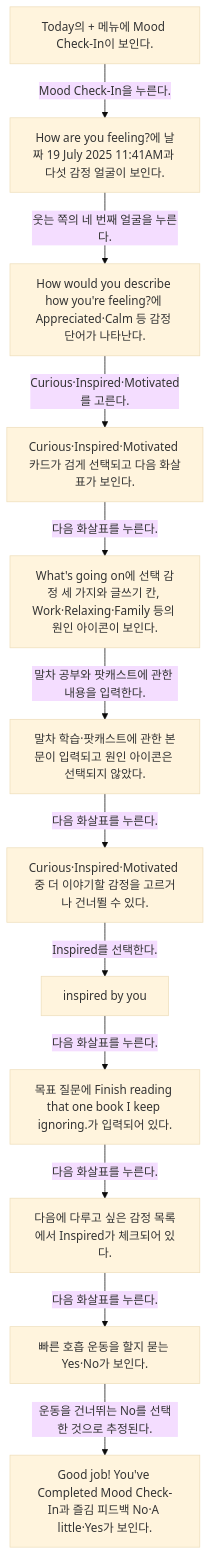
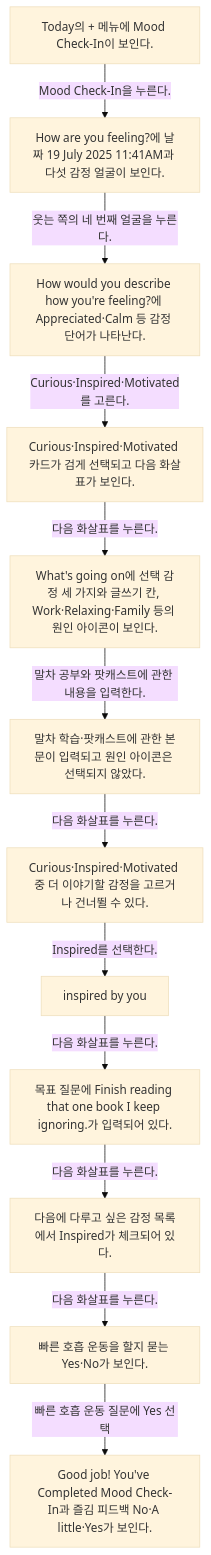
The diagram in docs/Stoic/flows/logging-a-mood-check-in-76793f73/README.md (Dev-Corgi/Stoic-Build-Clone-Test), drawn with Mermaid (base theme) before and after one commit. The commit also changed other lines of this file and 23 other files, not shown here.

Commit message:
docs: verify Stoic flows with user-confirmed transitions

````diff
--- a/docs/Stoic/flows/logging-a-mood-check-in-76793f73/README.md
+++ b/docs/Stoic/flows/logging-a-mood-check-in-76793f73/README.md
@@ -8,26 +8,26 @@
 ```mermaid
 flowchart TD
   S1["Today의 + 메뉴에 Mood Check-In이 보인다."]
   S1 -->|Mood Check-In을 누른다.| S2
   S2["How are you feeling?에 날짜 19 July 2025 11:41AM과 다섯 감정 얼굴이 보인다."]
   S2 -->|웃는 쪽의 네 번째 얼굴을 누른다.| S3
   S3["How would you describe how you're feeling?에 Appreciated·Calm 등 감정 단어가 나타난다."]
   S3 -->|Curious·Inspired·Motivated를 고른다.| S4
   S4["Curious·Inspired·Motivated 카드가 검게 선택되고 다음 화살표가 보인다."]
   S4 -->|다음 화살표를 누른다.| S5
   S5["What's going on에 선택 감정 세 가지와 글쓰기 칸, Work·Relaxing·Family 등의 원인 아이콘이 보인다."]
   S5 -->|말차 공부와 팟캐스트에 관한 내용을 입력한다.| S6
   S6["말차 학습·팟캐스트에 관한 본문이 입력되고 원인 아이콘은 선택되지 않았다."]
   S6 -->|다음 화살표를 누른다.| S7
   S7["Curious·Inspired·Motivated 중 더 이야기할 감정을 고르거나 건너뛸 수 있다."]
   S7 -->|Inspired를 선택한다.| S8
   S8["inspired by you"]
   S8 -->|다음 화살표를 누른다.| S9
   S9["목표 질문에 Finish reading that one book I keep ignoring.가 입력되어 있다."]
   S9 -->|다음 화살표를 누른다.| S10
   S10["다음에 다루고 싶은 감정 목록에서 Inspired가 체크되어 있다."]
   S10 -->|다음 화살표를 누른다.| S11
   S11["빠른 호흡 운동을 할지 묻는 Yes·No가 보인다."]
-  S11 -->|운동을 건너뛰는 No를 선택한 것으로 추정된다.| S12
+  S11 -->|빠른 호흡 운동 질문에 Yes 선택| S12
   S12["Good job! You've Completed Mood Check-In과 즐김 피드백 No·A little·Yes가 보인다."]
 ```
````
